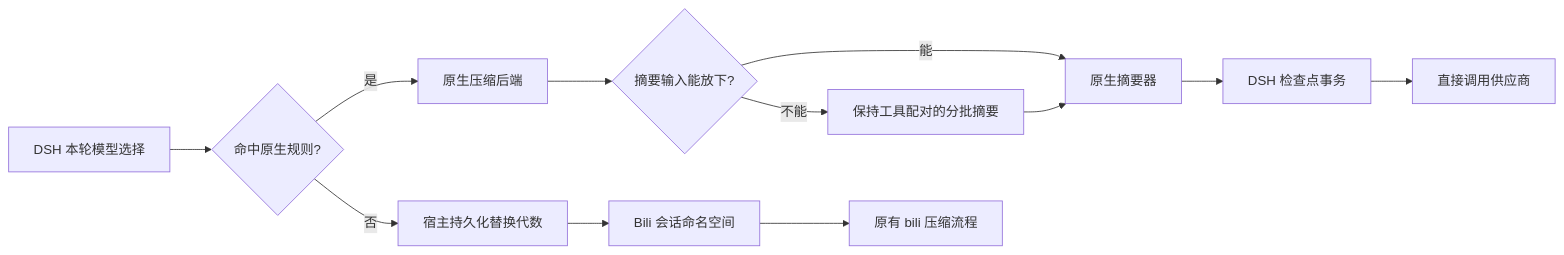
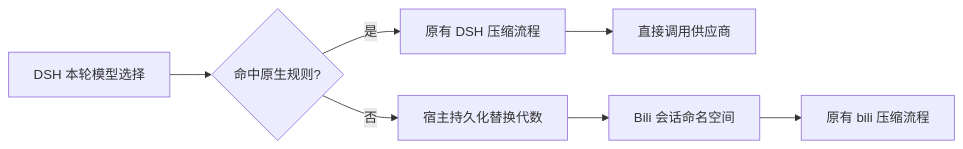
The diagram in docs/dsh-native-compaction.zh-CN.md (ranxianglei/billion-context), drawn with Mermaid before and after one commit. The commit also changed other lines of this file and 6 other files, not shown here.

````diff
--- a/docs/dsh-native-compaction.zh-CN.md
+++ b/docs/dsh-native-compaction.zh-CN.md
@@ -18,14 +18,9 @@
 ```mermaid
 flowchart LR
     A[DSH 本轮模型选择] --> B{命中原生规则?}
-    B -->|是| C[原生压缩后端]
-    C --> D{摘要输入能放下?}
-    D -->|能| E[原生摘要器]
-    D -->|不能| F[保持工具配对的分批摘要]
-    F --> E
-    E --> G[DSH 检查点事务]
-    G --> H[直接调用供应商]
-    B -->|否| I[宿主持久化替换代数]
-    I --> J[Bili 会话命名空间]
-    J --> K[原有 bili 压缩流程]
+    B -->|是| C[原有 DSH 压缩流程]
+    C --> D[直接调用供应商]
+    B -->|否| E[宿主持久化替换代数]
+    E --> F[Bili 会话命名空间]
+    F --> G[原有 bili 压缩流程]
 ```
````
